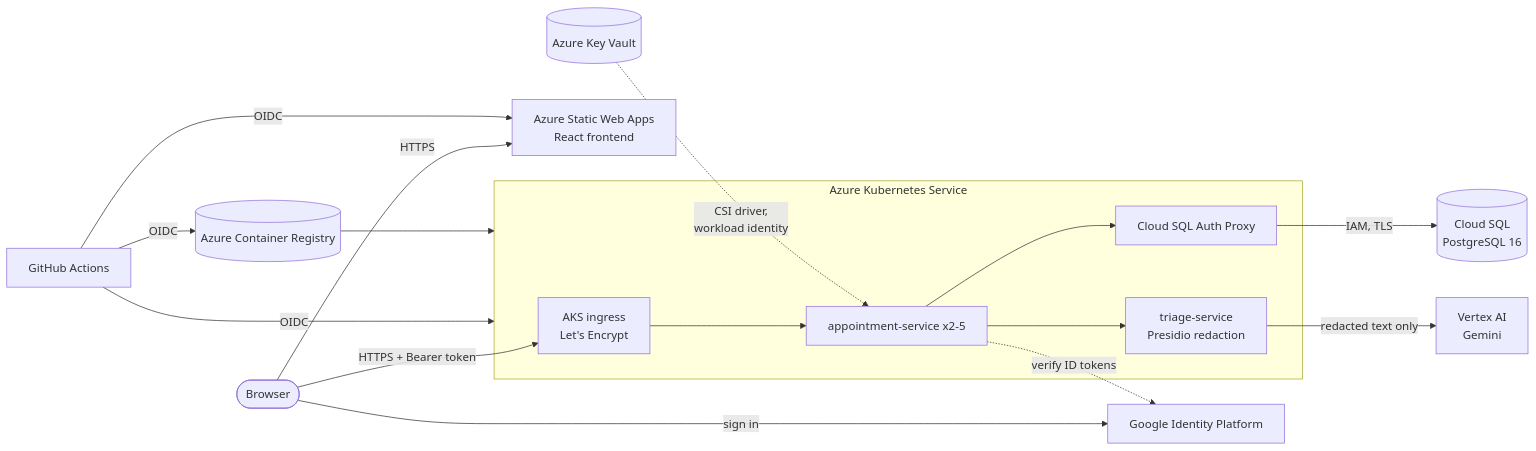
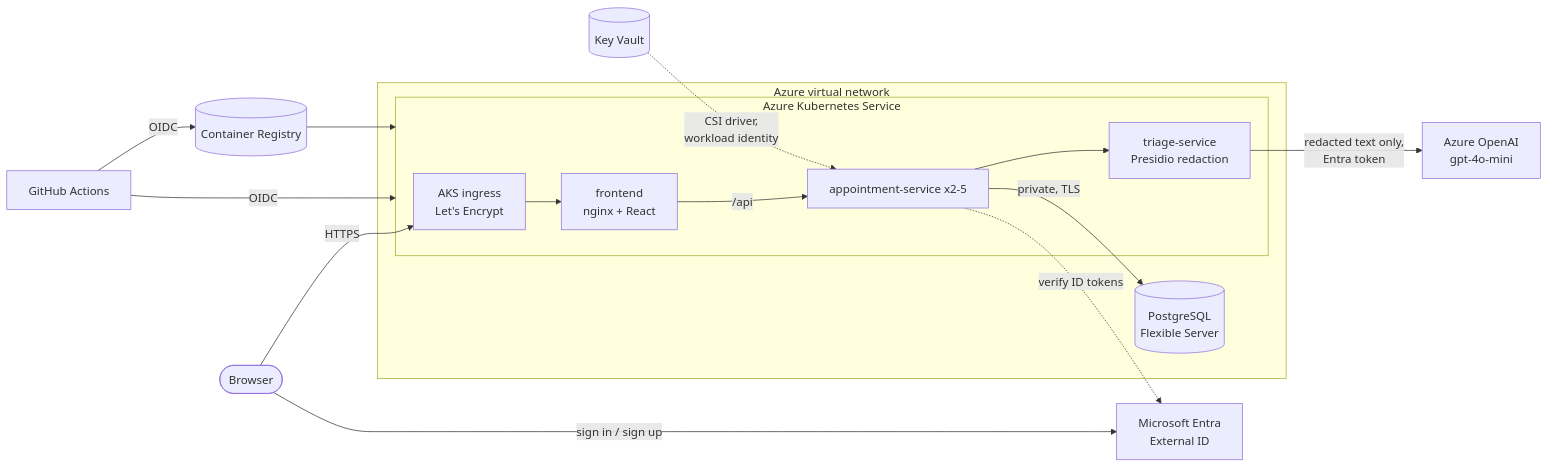
One commit to TilokJahan/Clinic-portal changed the diagram in infra/README.md. Above: the diagram before and after it, drawn with Mermaid. The commit also changed other lines of this file and 58 other files, not shown here.

````diff
--- a/infra/README.md
+++ b/infra/README.md
@@ -10,19 +13,19 @@
 ```mermaid
 flowchart LR
-  user([Browser]) -->|HTTPS| swa[Azure Static Web Apps<br/>React frontend]
-  user -->|HTTPS + Bearer token| ing[AKS ingress<br/>Let's Encrypt]
-  user -->|sign in| idp[Google Identity Platform]
-  subgraph aks [Azure Kubernetes Service]
-    ing --> appt[appointment-service x2-5]
-    appt --> proxy[Cloud SQL Auth Proxy]
-    appt --> triage[triage-service<br/>Presidio redaction]
+  user([Browser]) -->|HTTPS| ing[AKS ingress<br/>Let's Encrypt]
+  user -->|sign in / sign up| idp[Microsoft Entra<br/>External ID]
+  subgraph vnet [Azure virtual network]
+    subgraph aks [Azure Kubernetes Service]
+      ing --> fe[frontend<br/>nginx + React]
+      fe -->|/api| appt[appointment-service x2-5]
+      appt --> triage[triage-service<br/>Presidio redaction]
+    end
+    appt -->|private, TLS| db[(PostgreSQL<br/>Flexible Server)]
   end
-  kv[(Azure Key Vault)] -.->|CSI driver,<br/>workload identity| appt
-  proxy -->|IAM, TLS| sql[(Cloud SQL<br/>PostgreSQL 16)]
-  triage -->|redacted text only| vertex[Vertex AI<br/>Gemini]
+  triage -->|redacted text only,<br/>Entra token| oai[Azure OpenAI<br/>gpt-4o-mini]
+  kv[(Key Vault)] -.->|CSI driver,<br/>workload identity| appt
   appt -.->|verify ID tokens| idp
-  gh[GitHub Actions] -->|OIDC| acr[(Azure Container Registry)]
+  gh[GitHub Actions] -->|OIDC| acr[(Container Registry)]
   gh -->|OIDC| aks
-  gh -->|OIDC| swa
   acr --> aks
 ```
````
